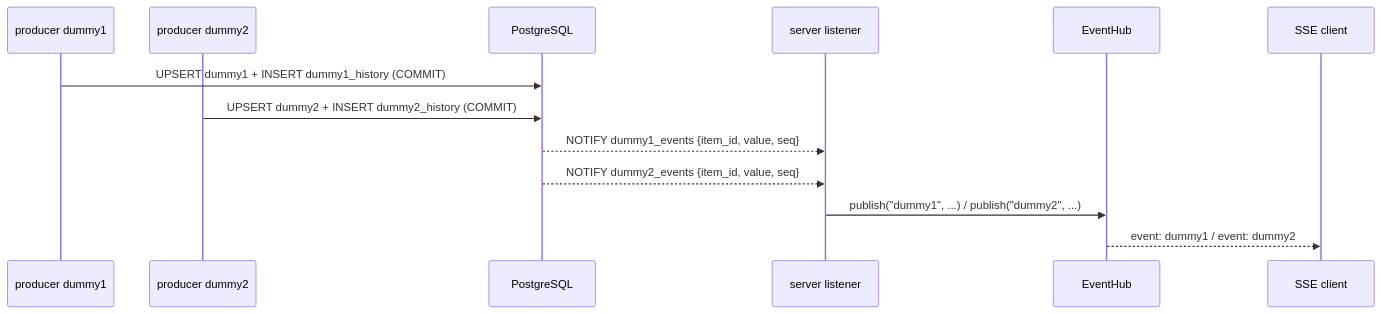
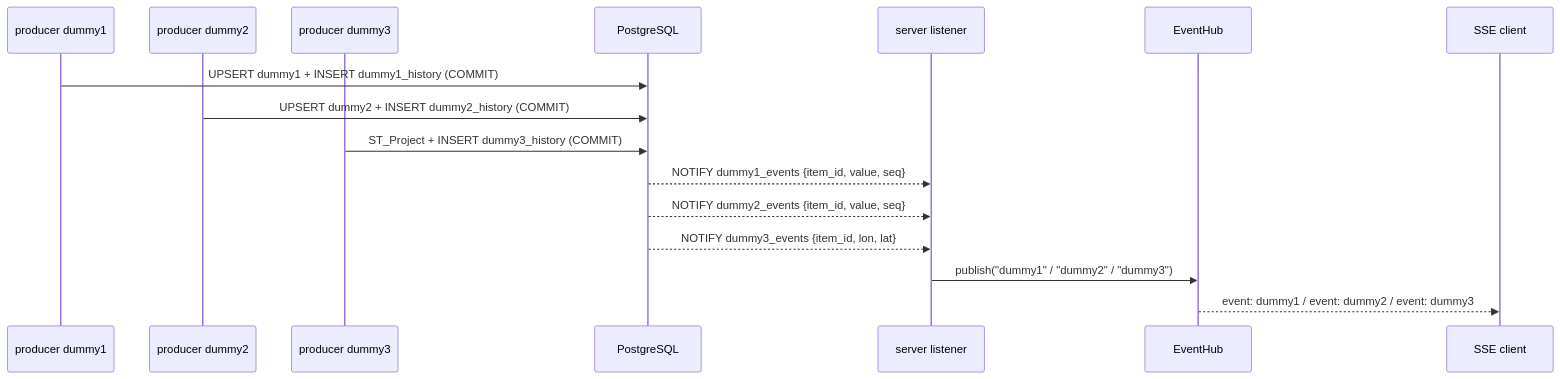
Before and after one commit to jgmatu/postgresql: the second of 4 diagrams in docs/ARCHITECTURE.md, drawn with Mermaid. The commit also changed other lines of this file and 23 other files, not shown here.

First line of the commit message:
Add a PostGIS GPS track as dummy3, with the same history and SSE path as the other tables.

````diff
--- a/docs/ARCHITECTURE.md
+++ b/docs/ARCHITECTURE.md
@@ -70,15 +76,18 @@
 ```mermaid
 sequenceDiagram
     participant P1 as producer dummy1
     participant P2 as producer dummy2
+    participant P3 as producer dummy3
     participant PG as PostgreSQL
     participant L as server listener
     participant H as EventHub
     participant B as SSE client
     P1->>PG: UPSERT dummy1 + INSERT dummy1_history (COMMIT)
     P2->>PG: UPSERT dummy2 + INSERT dummy2_history (COMMIT)
+    P3->>PG: ST_Project + INSERT dummy3_history (COMMIT)
     PG-->>L: NOTIFY dummy1_events {item_id, value, seq}
     PG-->>L: NOTIFY dummy2_events {item_id, value, seq}
-    L->>H: publish("dummy1", ...) / publish("dummy2", ...)
-    H-->>B: event: dummy1 / event: dummy2
+    PG-->>L: NOTIFY dummy3_events {item_id, lon, lat}
+    L->>H: publish("dummy1" / "dummy2" / "dummy3")
+    H-->>B: event: dummy1 / event: dummy2 / event: dummy3
 ```
````
